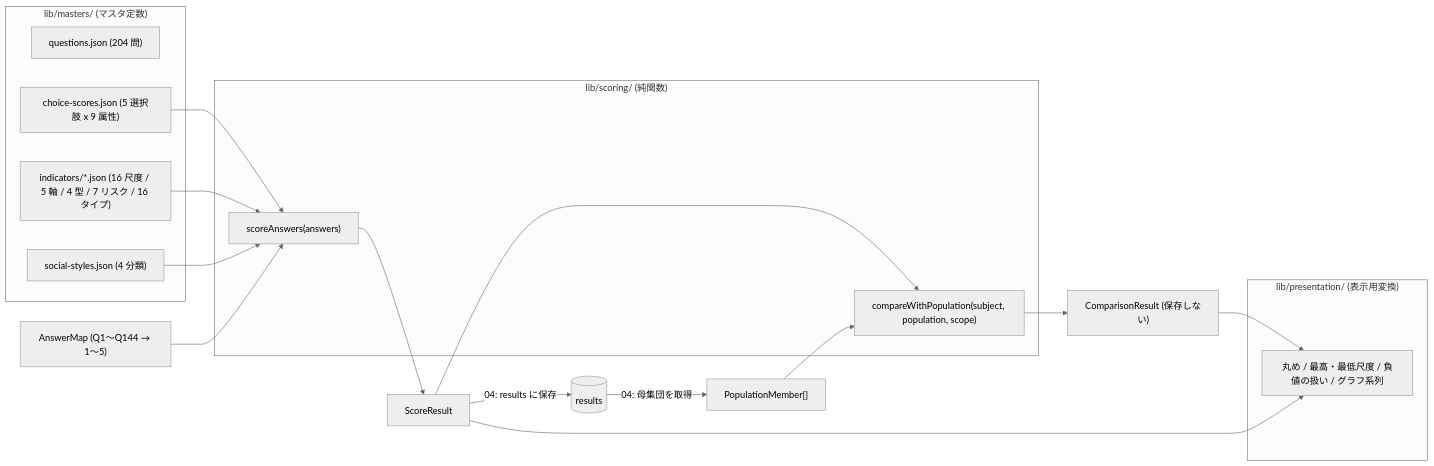
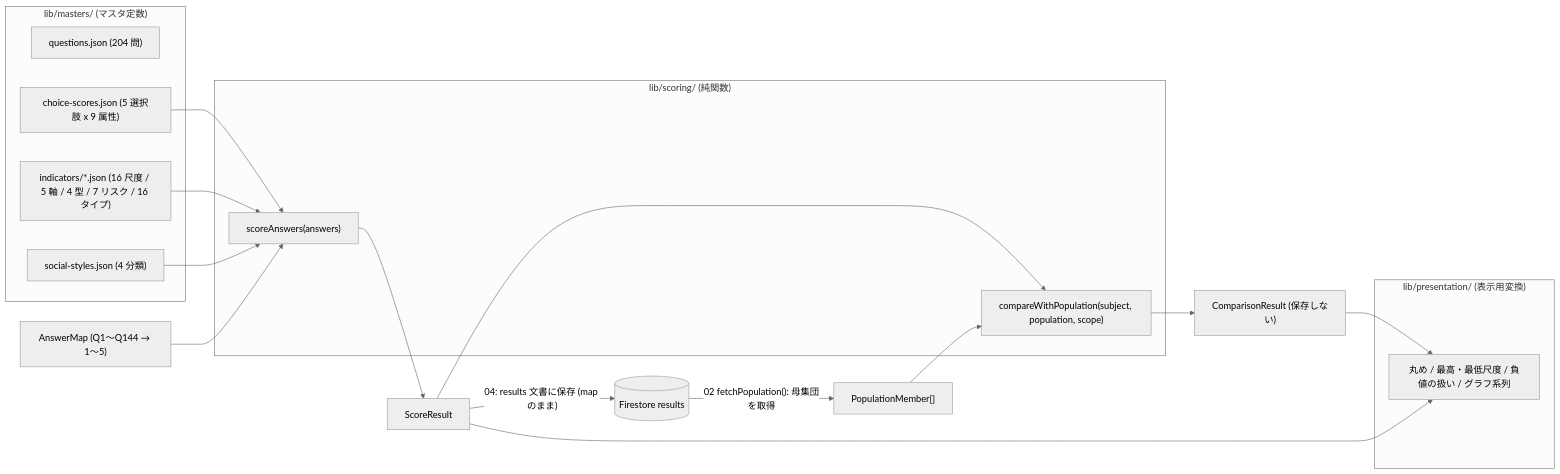
Before and after one commit to tanukichiyamaguchi/Tekisei-Kensa: the first of 2 diagrams in docs/基本設計/03_採点エンジン設計.md, drawn with Mermaid (neutral theme). The commit also changed other lines of this file and 4 other files, not shown here.

````diff
--- a/docs/基本設計/03_採点エンジン設計.md
+++ b/docs/基本設計/03_採点エンジン設計.md
@@ -49,28 +49,28 @@
 ```mermaid
 flowchart LR
     subgraph masters["lib/masters/ (マスタ定数)"]
         Q["questions.json (204 問)"]
         CS["choice-scores.json (5 選択肢 x 9 属性)"]
         IND["indicators/*.json (16 尺度 / 5 軸 / 4 型 / 7 リスク / 16 タイプ)"]
         SS["social-styles.json (4 分類)"]
     end
     subgraph scoring["lib/scoring/ (純関数)"]
         SA["scoreAnswers(answers)"]
         CW["compareWithPopulation(subject, population, scope)"]
     end
     subgraph presentation["lib/presentation/ (表示用変換)"]
         PR["丸め / 最高・最低尺度 / 負値の扱い / グラフ系列"]
     end
     A["AnswerMap (Q1〜Q144 → 1〜5)"] --> SA
     CS --> SA
     IND --> SA
     SS --> SA
     SA --> R["ScoreResult"]
-    R -->|"04: results に保存"| DB[("results")]
-    DB -->|"04: 母集団を取得"| P["PopulationMember[]"]
+    R -->|"04: results 文書に保存 (map のまま)"| DB[("Firestore results")]
+    DB -->|"02 fetchPopulation(): 母集団を取得"| P["PopulationMember[]"]
     R --> CW
     P --> CW
     CW --> C["ComparisonResult (保存しない)"]
     R --> PR
     C --> PR
 ```
````
